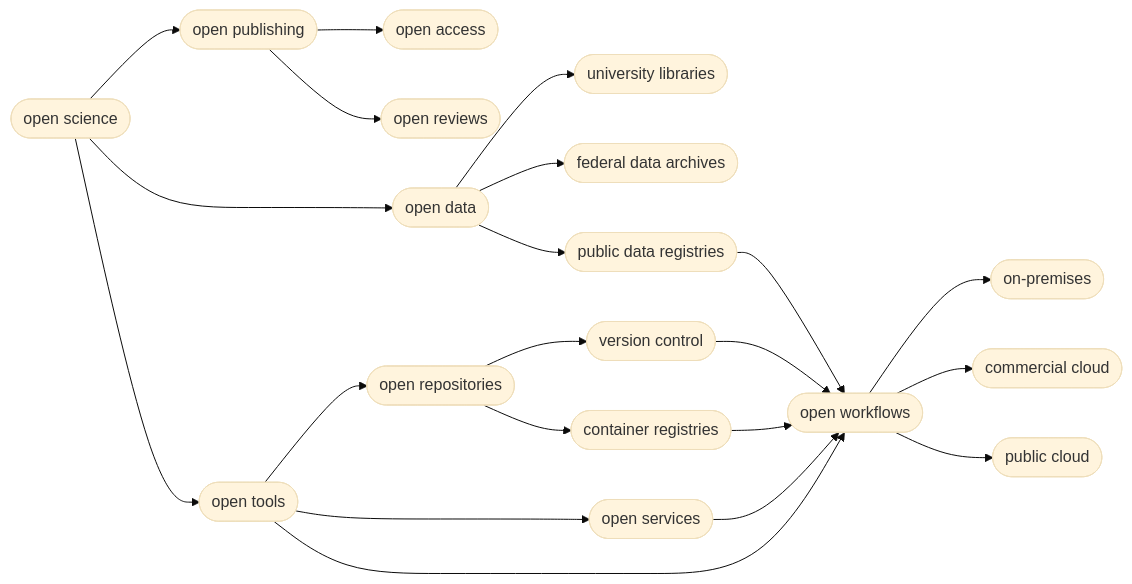
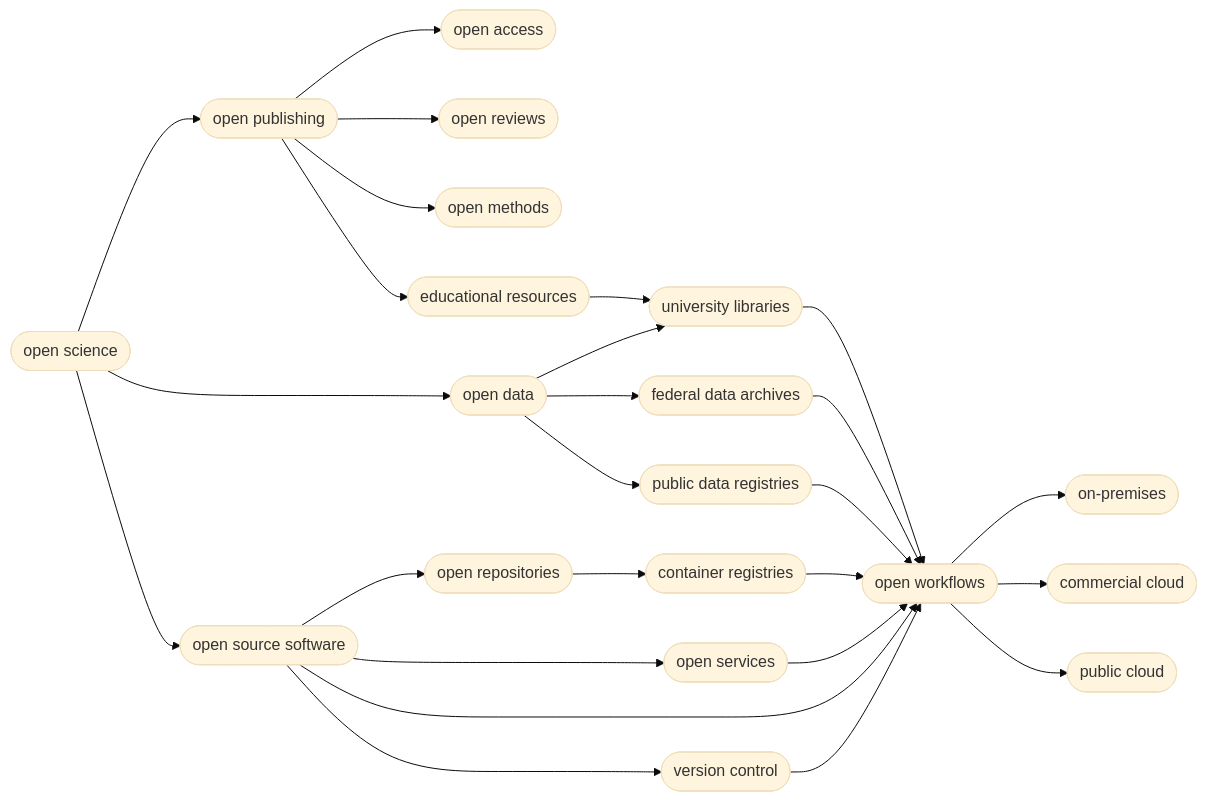
Before and after one commit to CyVerse-learning-materials/foss: the diagram in docs/01_intro_open_sci.md, drawn with Mermaid (base theme). The commit also changed other lines of this file, not shown here.

````diff
--- a/docs/01_intro_open_sci.md
+++ b/docs/01_intro_open_sci.md
@@ -59,24 +62,30 @@
 ``` mermaid
 flowchart LR
 
 id1([open science]) --> id3([open publishing]) & id4([open data]) & id5([open tools])
 
-id3([open publishing]) --> id41([open access]) & id42([open reviews])
+id3([open publishing]) -->  id41([open access]) & id42([open reviews]) & id43([open methods]) & id44([educational resources]) 
 
-id5([open tools]) --> id8([open repositories]) & id10([open services]) & id101([open workflows])
+id5([open source software]) --> id8([open repositories]) & id10([open services]) & id101([open workflows]) & id12([version control systems])
 
-id8([open repositories]) --> id12([version control systems]) & id13([container registries])
+id8([open repositories]) -->  id13([container registries])
 
 id12([version control]) --> id101([open workflows])
 
 id13([container registries]) --> id101([open workflows])
 
 id14([public data registry]) --> id101([open workflows])
 
 id10([open services]) --> id101([open workflows]) 
 
+id44([educational resources]) --> id21([university libraries])
+
+id21([university libraries]) --> id101([open workflows])
+
+id22([federal data archives]) --> id101([open workflows]) 
+
 id4([open data]) --> id21([university libraries]) & id22([federal data archives]) & id14([public data registries]) 
 
 id101([open workflows]) --> id15([on-premises]) & id16([commercial cloud]) & id17([public cloud])
 
 ```
````
